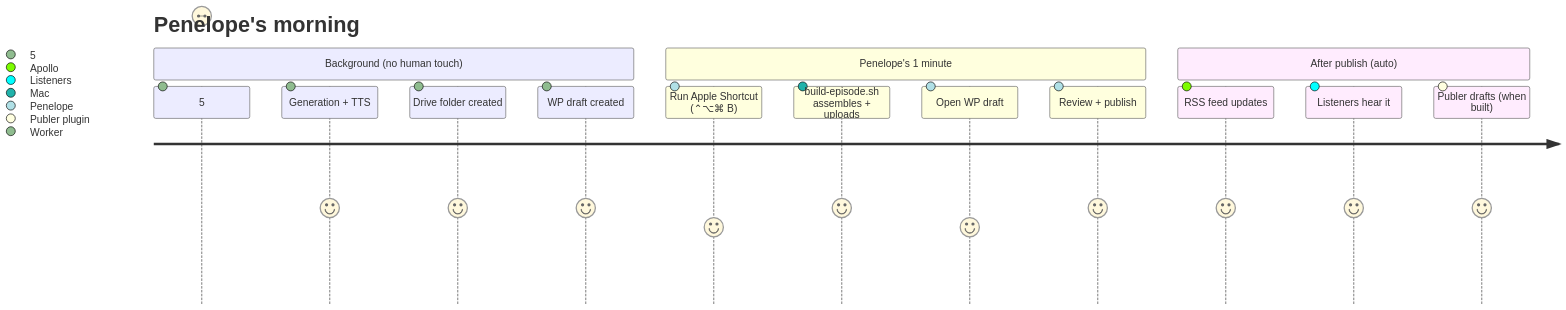
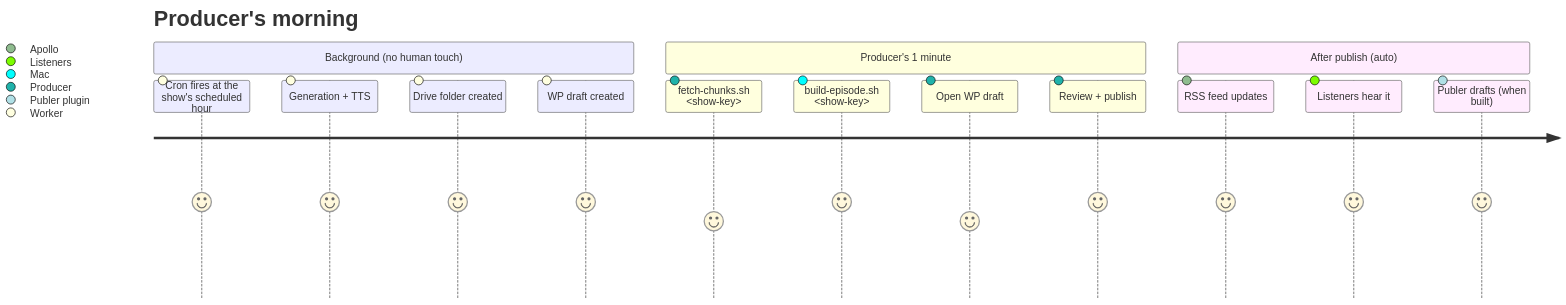
One commit to pennydoesdev/TheMorningCup-Episode-Generator changed the seventh of 8 diagrams in docs/PIPELINE.md. Above: the diagram before and after it, drawn with Mermaid. The commit also changed other lines of this file, not shown here.

Commit message:
PIPELINE.md: rewrite generic for any show (no Morning Cup specifics)

````diff
--- a/docs/PIPELINE.md
+++ b/docs/PIPELINE.md
@@ -302,18 +306,18 @@
 ```mermaid
 journey
-  title Penelope's morning
+  title Producer's morning
   section Background (no human touch)
-    5:00 AM cron fires: 5: Worker
+    Cron fires at the show's scheduled hour: 5: Worker
     Generation + TTS: 5: Worker
     Drive folder created: 5: Worker
     WP draft created: 5: Worker
-  section Penelope's 1 minute
-    Run Apple Shortcut (⌃⌥⌘ B): 4: Penelope
-    build-episode.sh assembles + uploads: 5: Mac
-    Open WP draft: 4: Penelope
-    Review + publish: 5: Penelope
+  section Producer's 1 minute
+    fetch-chunks.sh <show-key>: 4: Producer
+    build-episode.sh <show-key>: 5: Mac
+    Open WP draft: 4: Producer
+    Review + publish: 5: Producer
   section After publish (auto)
     RSS feed updates: 5: Apollo
     Listeners hear it: 5: Listeners
     Publer drafts (when built): 5: Publer plugin
 ```
````
